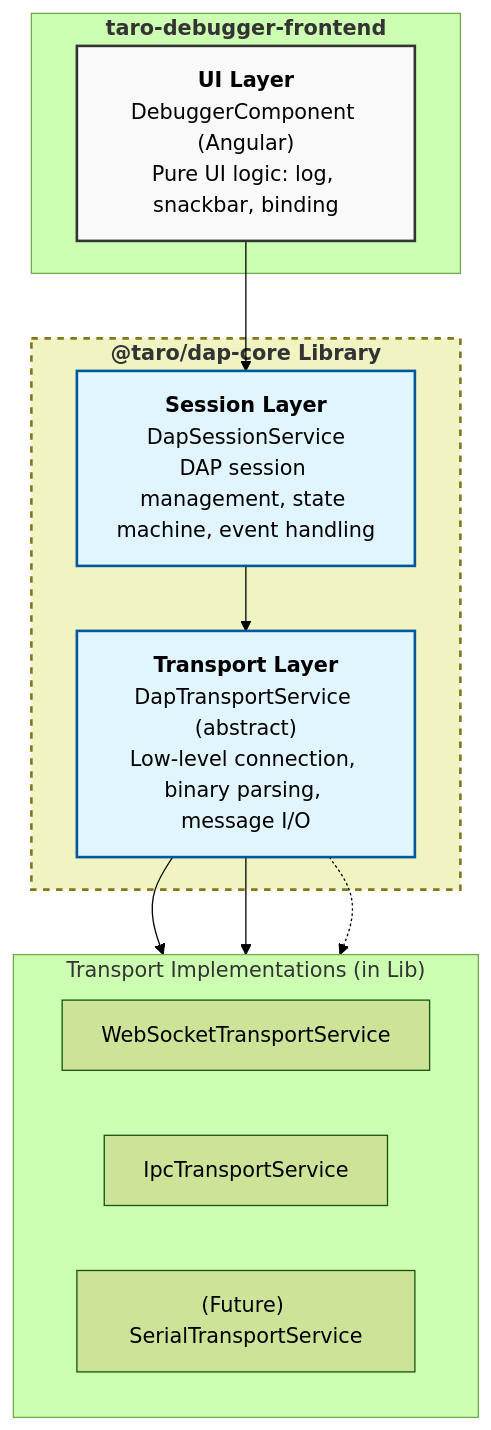
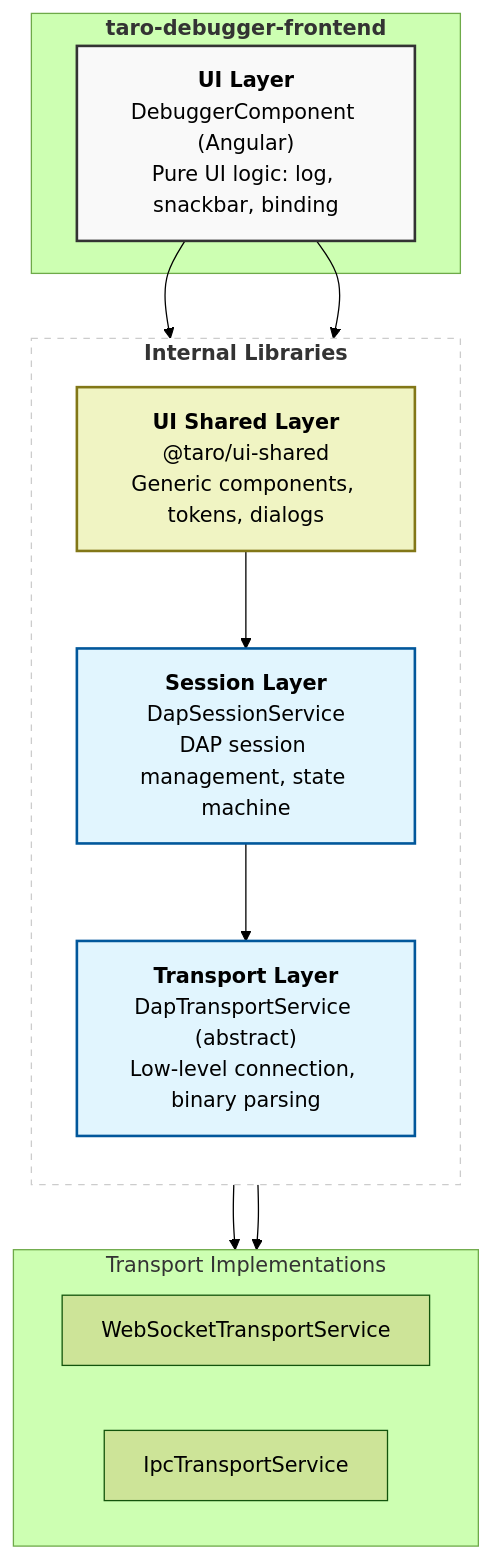
The diagram in docs/architecture.md (tangpo387-arch/taro-debugger), drawn with Mermaid (forest theme) before and after one commit. The commit also changed other lines of this file and 41 other files, not shown here.

Commit message:
feat: introduce ui-shared library for common components and migrate error dialog implementation

````diff
--- a/docs/architecture.md
+++ b/docs/architecture.md
@@ -19,30 +19,33 @@
 ```mermaid
 graph TD
     subgraph App ["<b>taro-debugger-frontend</b>"]
         UI["<b>UI Layer</b><br/>DebuggerComponent (Angular)<br/>Pure UI logic: log, snackbar, binding"]
     end
 
-    subgraph Lib ["<b>@taro/dap-core Library</b>"]
-        Session["<b>Session Layer</b><br/>DapSessionService<br/>DAP session management, state machine, event handling"]
-        Transport["<b>Transport Layer</b><br/>DapTransportService (abstract)<br/>Low-level connection, binary parsing, message I/O"]
+    subgraph Libs ["<b>Internal Libraries</b>"]
+        direction TB
+        Shared["<b>UI Shared Layer</b><br/>@taro/ui-shared<br/>Generic components, tokens, dialogs"]
+        Session["<b>Session Layer</b><br/>DapSessionService<br/>DAP session management, state machine"]
+        Transport["<b>Transport Layer</b><br/>DapTransportService (abstract)<br/>Low-level connection, binary parsing"]
     end
 
+    UI --> Shared
     UI --> Session
+    Shared --> Session
     Session --> Transport
 
-    subgraph Implementations ["Transport Implementations (in Lib)"]
+    subgraph Implementations ["Transport Implementations"]
         direction LR
-        WSS["WebSocketTransportService<br/>"]
-        IPC["IpcTransportService<br/>"]
-        STS["(Future) SerialTransportService"]
+        WSS["WebSocketTransportService"]
+        IPC["IpcTransportService"]
     end
 
     Transport --> WSS
     Transport --> IPC
-    Transport -.-> STS
 
     style UI fill:#f9f9f9,stroke:#333,stroke-width:2px
+    style Shared fill:#f0f4c3,stroke:#827717,stroke-width:2px
     style Session fill:#e1f5fe,stroke:#01579b,stroke-width:2px
     style Transport fill:#e1f5fe,stroke:#01579b,stroke-width:2px
-    style Lib fill:#f0f4c3,stroke:#827717,stroke-width:2px,stroke-dasharray: 5 5
+    style Libs fill:#fff,stroke:#ccc,stroke-dasharray: 5 5
 ```
````
